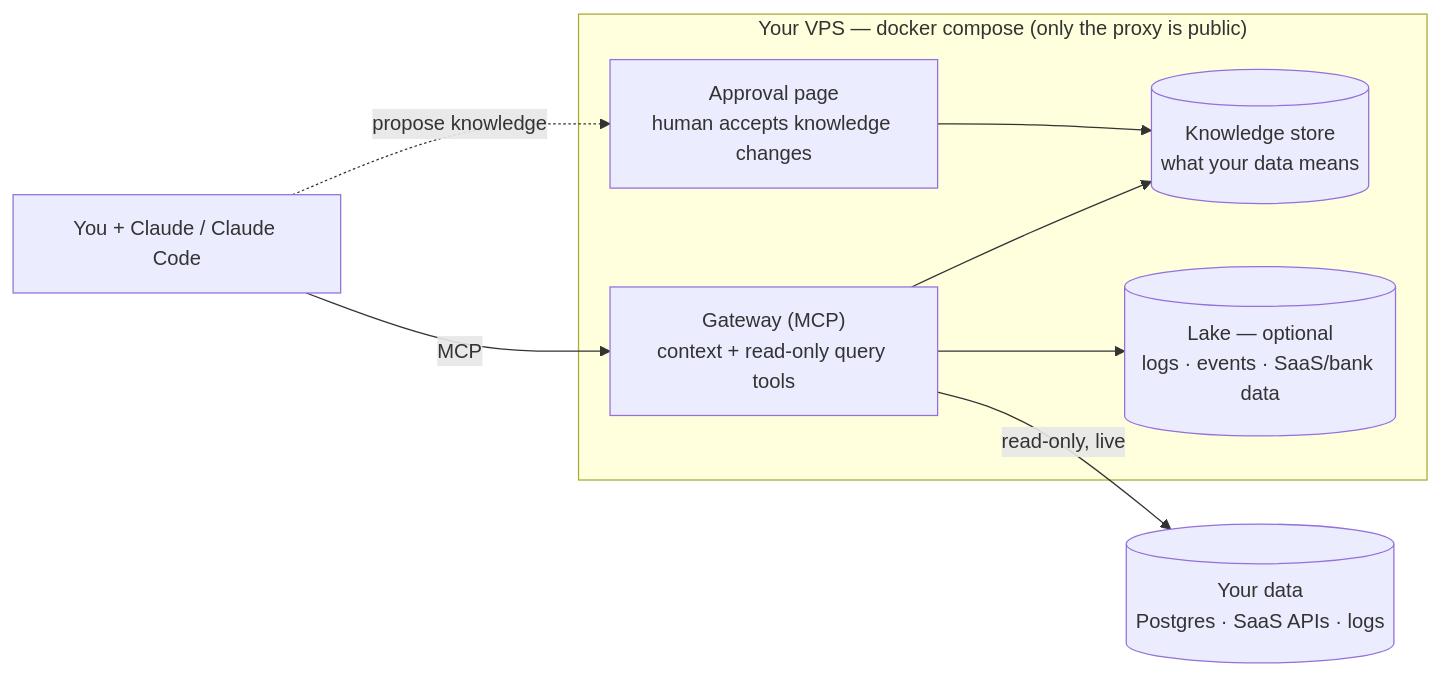
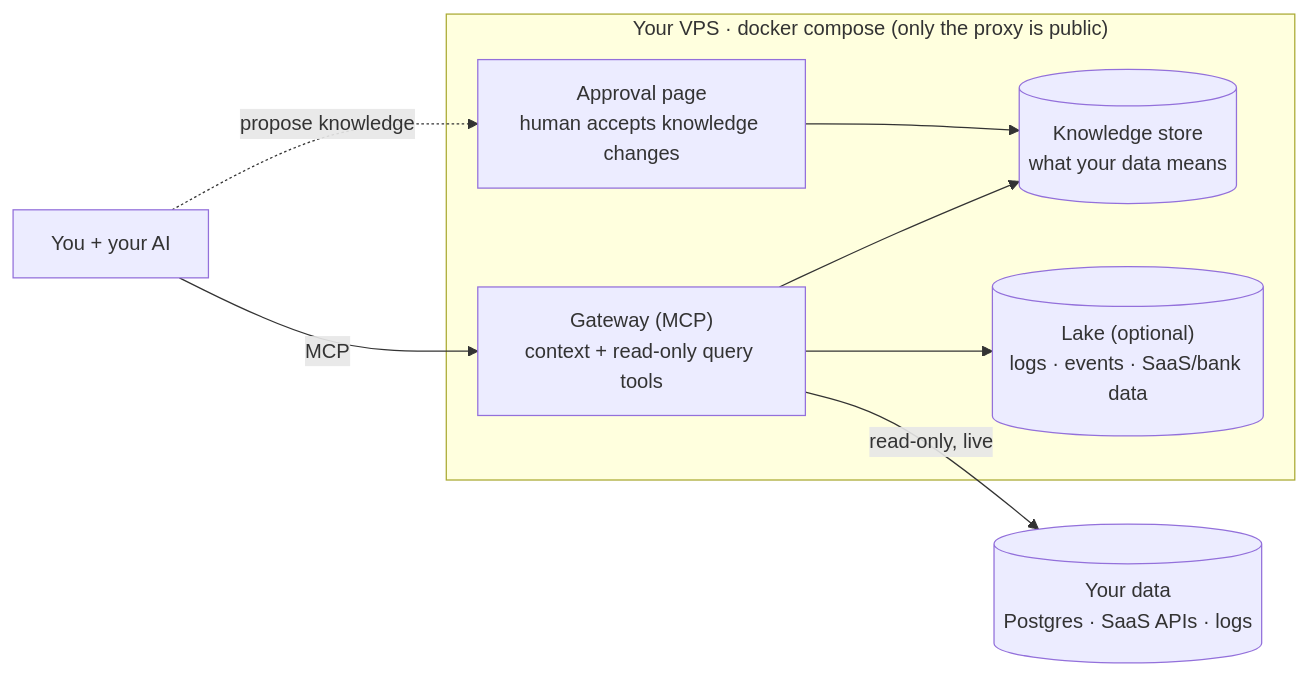
The diagram in README.md (Hedgy-Labs/setoku), drawn with Mermaid before and after one commit. The commit also changed other lines of this file, not shown here.

````diff
--- a/README.md
+++ b/README.md
@@ -83,20 +94,20 @@
 ```mermaid
 flowchart LR
-    A["You + Claude / Claude Code"]
+    A["You + your AI"]
 
-    subgraph box["Your VPS — docker compose (only the proxy is public)"]
+    subgraph box["Your VPS · docker compose (only the proxy is public)"]
         GW["Gateway (MCP)<br/>context + read-only query tools"]
         K[("Knowledge store<br/>what your data means")]
-        LAKE[("Lake — optional<br/>logs · events · SaaS/bank data")]
+        LAKE[("Lake (optional)<br/>logs · events · SaaS/bank data")]
         ADMIN["Approval page<br/>human accepts knowledge changes"]
     end
 
     DATA[("Your data<br/>Postgres · SaaS APIs · logs")]
 
     A -- "MCP" --> GW
     GW --> K
     GW -- "read-only, live" --> DATA
     GW --> LAKE
     A -. "propose knowledge" .-> ADMIN
     ADMIN --> K
 ```
````
